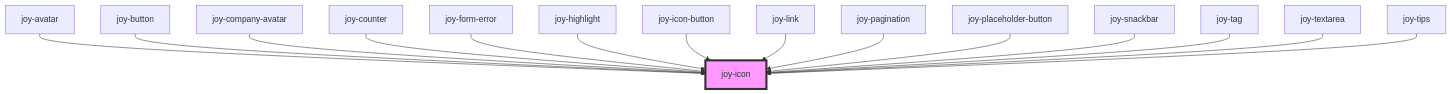
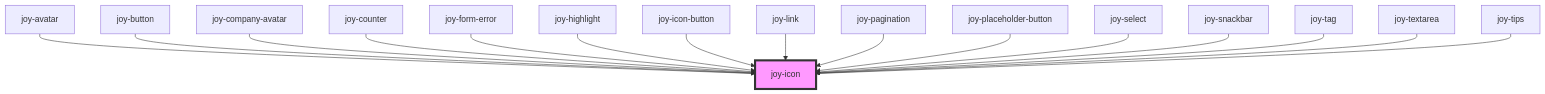
The diagram in core/src/components/icon/readme.md (Maltcommunity/joy), drawn with Mermaid before and after one commit. The commit also changed other lines of this file and 70 other files, not shown here.

````diff
--- a/core/src/components/icon/readme.md
+++ b/core/src/components/icon/readme.md
@@ -67,18 +68,19 @@
 ```mermaid
 graph TD;
   joy-avatar --> joy-icon
   joy-button --> joy-icon
   joy-company-avatar --> joy-icon
   joy-counter --> joy-icon
   joy-form-error --> joy-icon
   joy-highlight --> joy-icon
   joy-icon-button --> joy-icon
   joy-link --> joy-icon
   joy-pagination --> joy-icon
   joy-placeholder-button --> joy-icon
+  joy-select --> joy-icon
   joy-snackbar --> joy-icon
   joy-tag --> joy-icon
   joy-textarea --> joy-icon
   joy-tips --> joy-icon
   style joy-icon fill:#f9f,stroke:#333,stroke-width:4px
 ```
````
